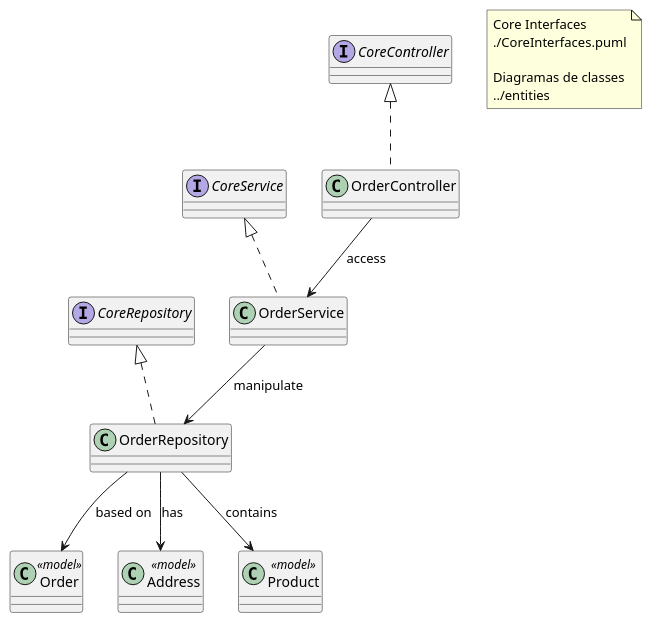
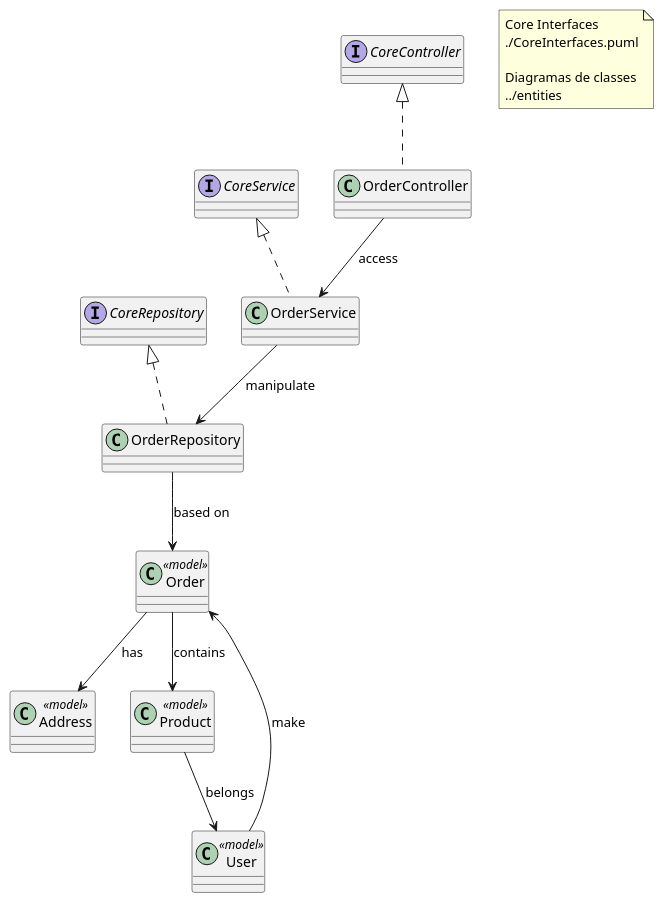
One commit to bruflor/comercio-vizinho changed the diagram in docs/diagrams/APIServer/OrderLayers.puml. Above: the diagram before and after it, drawn with PlantUML. The commit also changed 5 other files, not shown here.

Commit message:
Updating previous diagrams to have cart relations

```diff
--- a/docs/diagrams/APIServer/OrderLayers.puml
+++ b/docs/diagrams/APIServer/OrderLayers.puml
@@ -1,26 +1,30 @@
 @startuml
 
 class OrderController implements CoreController {}
 class OrderService implements CoreService {}
 class OrderRepository implements CoreRepository {}
 
 class Order <<model>> {}
 class Address <<model>> {}
 class Product <<model>> {}
+class User <<model>> {}
 
 ' Relationships
 OrderController --> OrderService : access
 OrderService --> OrderRepository : manipulate
 OrderRepository --> Order : based on
-OrderRepository --> Address : has
-OrderRepository --> Product : contains
+User --> Order : make
+Order --> Address : has
+Order --> Product : contains
+Product --> User : belongs
+
 
 note as N1
 Core Interfaces
 ./CoreInterfaces.puml
 
 Diagramas de classes
 ../entities
 end note
 
 @enduml
```
